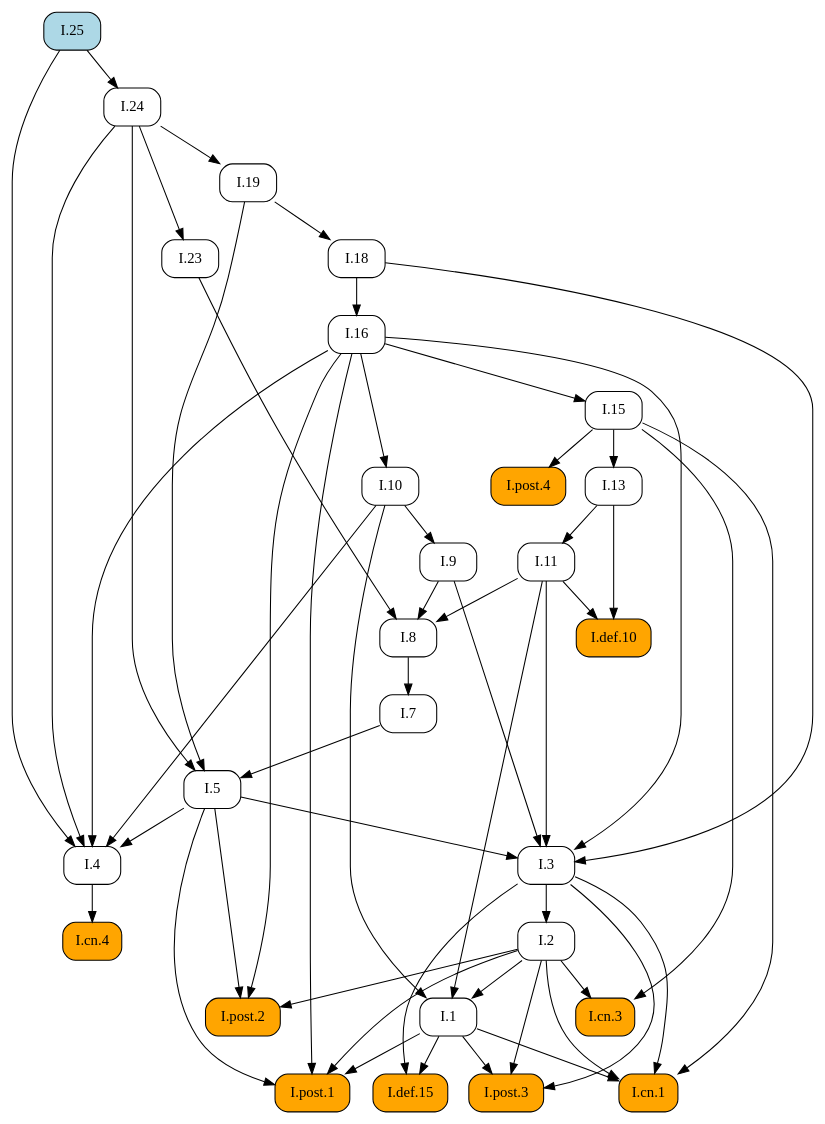
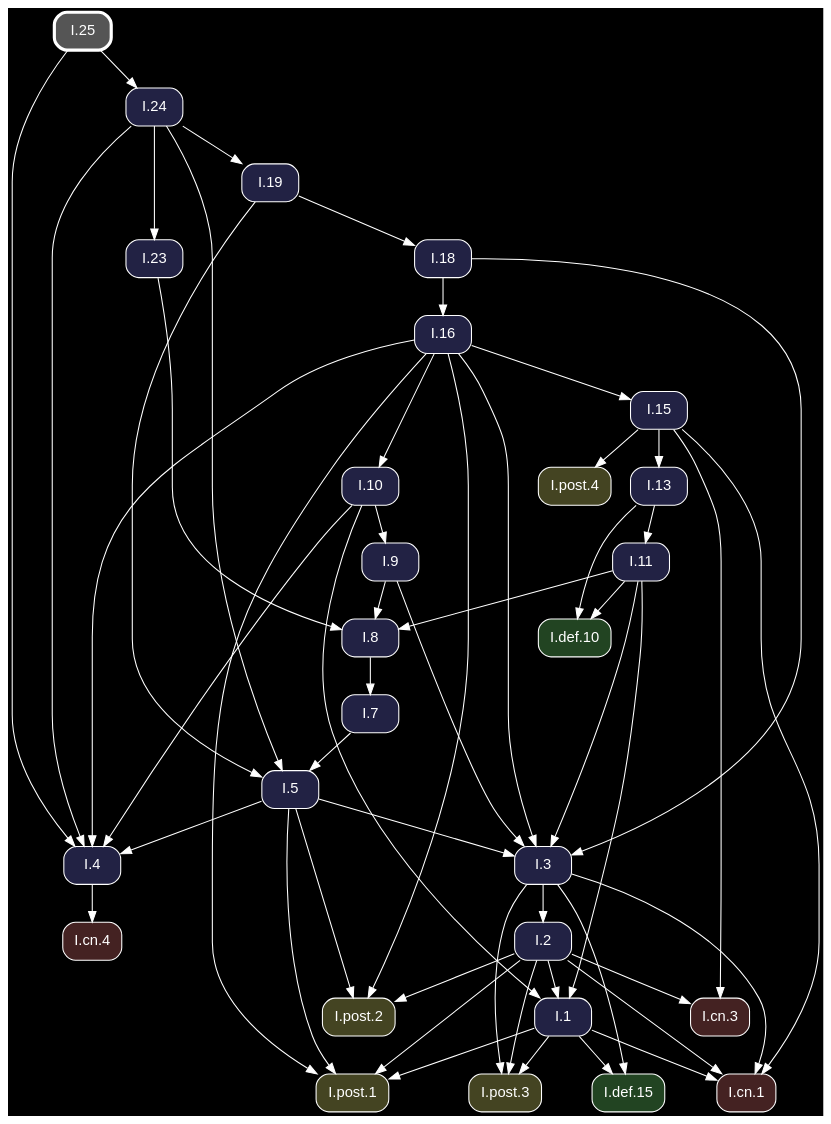
One commit to geometor/elements changed the diagram in docsrc/heath/I/25/index.rst. Above: the diagram before and after it, drawn with Graphviz. The commit also changed other lines of this file and 1200 other files, not shown here.

Commit message:
update dependency graphs

```diff
--- a/docsrc/heath/I/25/index.rst
+++ b/docsrc/heath/I/25/index.rst
@@ -43,86 +43,88 @@
 .. graphviz::
 
    digraph {
+     bgcolor="black";
+     node [shape=box, style="rounded,filled", fontname="Helvetica", color="white", fontcolor="white"];
+     edge [color="white", fontcolor="white"];
      rankdir="TB";
-     node [shape=box, style=rounded];
-     "I.23" [URL="/heath/I/23/", target="_top"];
-     "I.9" [URL="/heath/I/9/", target="_top"];
-     "I.cn.1" [style="rounded,filled", fillcolor=orange, URL="/heath/I/cn.1/", target="_top"];
-     "I.7" [URL="/heath/I/7/", target="_top"];
-     "I.2" [URL="/heath/I/2/", target="_top"];
-     "I.def.15" [style="rounded,filled", fillcolor=orange, URL="/heath/I/def.15/", target="_top"];
-     "I.25" [style="rounded,filled", fillcolor=lightblue, URL="/heath/I/25/", target="_top"];
-     "I.13" [URL="/heath/I/13/", target="_top"];
-     "I.post.4" [style="rounded,filled", fillcolor=orange, URL="/heath/I/post.4/", target="_top"];
-     "I.4" [URL="/heath/I/4/", target="_top"];
-     "I.1" [URL="/heath/I/1/", target="_top"];
-     "I.post.3" [style="rounded,filled", fillcolor=orange, URL="/heath/I/post.3/", target="_top"];
-     "I.post.1" [style="rounded,filled", fillcolor=orange, URL="/heath/I/post.1/", target="_top"];
-     "I.5" [URL="/heath/I/5/", target="_top"];
-     "I.19" [URL="/heath/I/19/", target="_top"];
-     "I.8" [URL="/heath/I/8/", target="_top"];
-     "I.cn.3" [style="rounded,filled", fillcolor=orange, URL="/heath/I/cn.3/", target="_top"];
-     "I.16" [URL="/heath/I/16/", target="_top"];
-     "I.def.10" [style="rounded,filled", fillcolor=orange, URL="/heath/I/def.10/", target="_top"];
-     "I.18" [URL="/heath/I/18/", target="_top"];
-     "I.15" [URL="/heath/I/15/", target="_top"];
-     "I.10" [URL="/heath/I/10/", target="_top"];
-     "I.11" [URL="/heath/I/11/", target="_top"];
-     "I.cn.4" [style="rounded,filled", fillcolor=orange, URL="/heath/I/cn.4/", target="_top"];
-     "I.post.2" [style="rounded,filled", fillcolor=orange, URL="/heath/I/post.2/", target="_top"];
-     "I.24" [URL="/heath/I/24/", target="_top"];
-     "I.3" [URL="/heath/I/3/", target="_top"];
-     "I.24" -> "I.23";
-     "I.10" -> "I.9";
+     "I.3" [fillcolor="#222244", URL="/heath/I/3/", target="_top"];
+     "I.post.1" [fillcolor="#444422", URL="/heath/I/post.1/", target="_top"];
+     "I.cn.1" [fillcolor="#442222", URL="/heath/I/cn.1/", target="_top"];
+     "I.19" [fillcolor="#222244", URL="/heath/I/19/", target="_top"];
+     "I.def.10" [fillcolor="#224422", URL="/heath/I/def.10/", target="_top"];
+     "I.15" [fillcolor="#222244", URL="/heath/I/15/", target="_top"];
+     "I.25" [penwidth=3, color="white", fillcolor="#555555", URL="/heath/I/25/", target="_top"];
+     "I.11" [fillcolor="#222244", URL="/heath/I/11/", target="_top"];
+     "I.16" [fillcolor="#222244", URL="/heath/I/16/", target="_top"];
+     "I.cn.3" [fillcolor="#442222", URL="/heath/I/cn.3/", target="_top"];
+     "I.13" [fillcolor="#222244", URL="/heath/I/13/", target="_top"];
+     "I.2" [fillcolor="#222244", URL="/heath/I/2/", target="_top"];
+     "I.24" [fillcolor="#222244", URL="/heath/I/24/", target="_top"];
+     "I.post.2" [fillcolor="#444422", URL="/heath/I/post.2/", target="_top"];
+     "I.cn.4" [fillcolor="#442222", URL="/heath/I/cn.4/", target="_top"];
+     "I.9" [fillcolor="#222244", URL="/heath/I/9/", target="_top"];
+     "I.1" [fillcolor="#222244", URL="/heath/I/1/", target="_top"];
+     "I.post.4" [fillcolor="#444422", URL="/heath/I/post.4/", target="_top"];
+     "I.23" [fillcolor="#222244", URL="/heath/I/23/", target="_top"];
+     "I.8" [fillcolor="#222244", URL="/heath/I/8/", target="_top"];
+     "I.4" [fillcolor="#222244", URL="/heath/I/4/", target="_top"];
+     "I.post.3" [fillcolor="#444422", URL="/heath/I/post.3/", target="_top"];
+     "I.18" [fillcolor="#222244", URL="/heath/I/18/", target="_top"];
+     "I.7" [fillcolor="#222244", URL="/heath/I/7/", target="_top"];
+     "I.def.15" [fillcolor="#224422", URL="/heath/I/def.15/", target="_top"];
+     "I.5" [fillcolor="#222244", URL="/heath/I/5/", target="_top"];
+     "I.10" [fillcolor="#222244", URL="/heath/I/10/", target="_top"];
+     "I.5" -> "I.3";
+     "I.9" -> "I.3";
+     "I.11" -> "I.3";
+     "I.16" -> "I.3";
+     "I.18" -> "I.3";
+     "I.1" -> "I.post.1";
+     "I.2" -> "I.post.1";
+     "I.5" -> "I.post.1";
+     "I.16" -> "I.post.1";
      "I.1" -> "I.cn.1";
      "I.2" -> "I.cn.1";
      "I.3" -> "I.cn.1";
      "I.15" -> "I.cn.1";
-     "I.8" -> "I.7";
+     "I.24" -> "I.19";
+     "I.11" -> "I.def.10";
+     "I.13" -> "I.def.10";
+     "I.16" -> "I.15";
+     "I.13" -> "I.11";
+     "I.18" -> "I.16";
+     "I.2" -> "I.cn.3";
+     "I.15" -> "I.cn.3";
+     "I.15" -> "I.13";
      "I.3" -> "I.2";
-     "I.1" -> "I.def.15";
-     "I.3" -> "I.def.15";
-     "I.15" -> "I.13";
+     "I.25" -> "I.24";
+     "I.2" -> "I.post.2";
+     "I.5" -> "I.post.2";
+     "I.16" -> "I.post.2";
+     "I.4" -> "I.cn.4";
+     "I.10" -> "I.9";
+     "I.2" -> "I.1";
+     "I.10" -> "I.1";
+     "I.11" -> "I.1";
      "I.15" -> "I.post.4";
+     "I.24" -> "I.23";
+     "I.9" -> "I.8";
+     "I.11" -> "I.8";
+     "I.23" -> "I.8";
      "I.5" -> "I.4";
      "I.10" -> "I.4";
      "I.16" -> "I.4";
      "I.24" -> "I.4";
      "I.25" -> "I.4";
-     "I.2" -> "I.1";
-     "I.10" -> "I.1";
-     "I.11" -> "I.1";
      "I.1" -> "I.post.3";
      "I.2" -> "I.post.3";
      "I.3" -> "I.post.3";
-     "I.1" -> "I.post.1";
-     "I.2" -> "I.post.1";
-     "I.5" -> "I.post.1";
-     "I.16" -> "I.post.1";
+     "I.19" -> "I.18";
+     "I.8" -> "I.7";
+     "I.1" -> "I.def.15";
+     "I.3" -> "I.def.15";
      "I.7" -> "I.5";
      "I.19" -> "I.5";
      "I.24" -> "I.5";
-     "I.24" -> "I.19";
-     "I.9" -> "I.8";
-     "I.11" -> "I.8";
-     "I.23" -> "I.8";
-     "I.2" -> "I.cn.3";
-     "I.15" -> "I.cn.3";
-     "I.18" -> "I.16";
-     "I.11" -> "I.def.10";
-     "I.13" -> "I.def.10";
-     "I.19" -> "I.18";
-     "I.16" -> "I.15";
      "I.16" -> "I.10";
-     "I.13" -> "I.11";
-     "I.4" -> "I.cn.4";
-     "I.2" -> "I.post.2";
-     "I.5" -> "I.post.2";
-     "I.16" -> "I.post.2";
-     "I.25" -> "I.24";
-     "I.5" -> "I.3";
-     "I.9" -> "I.3";
-     "I.11" -> "I.3";
-     "I.16" -> "I.3";
-     "I.18" -> "I.3";
    }
```
